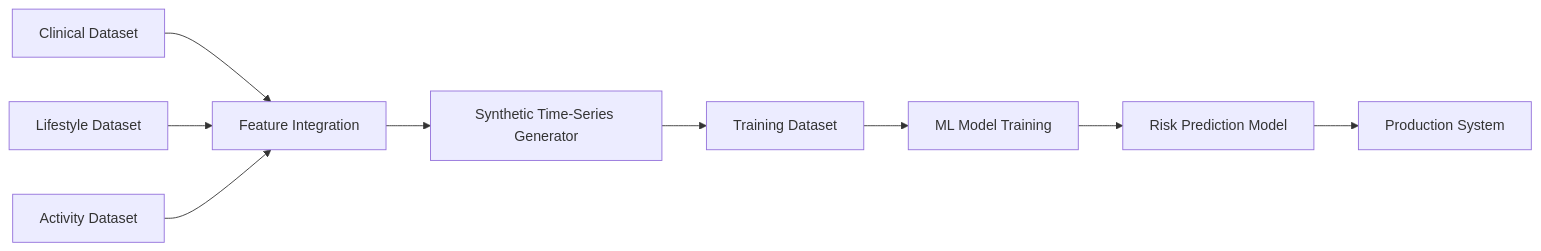
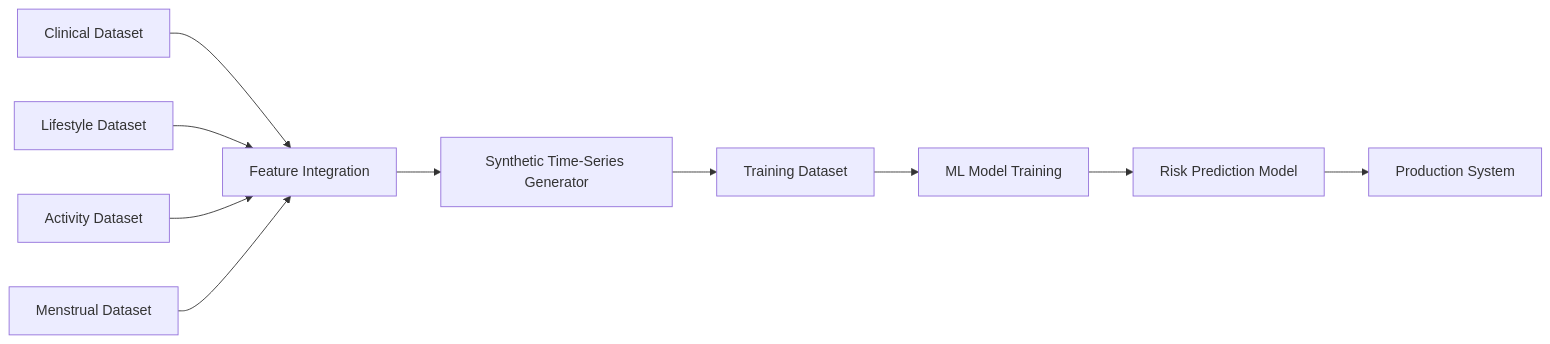
One commit to patorsiang/synchealth-remission changed the fifth of 5 diagrams in README.md. Above: the diagram before and after it, drawn with Mermaid. The commit also changed other lines of this file, not shown here.

````diff
--- a/README.md
+++ b/README.md
@@ -532,16 +545,17 @@
 ```mermaid
 
 flowchart LR
 
 A[Clinical Dataset] --> D[Feature Integration]
 B[Lifestyle Dataset] --> D
 C[Activity Dataset] --> D
+M[Menstrual Dataset] --> D
 
 D --> E[Synthetic Time-Series Generator]
 E --> F[Training Dataset]
 
 F --> G[ML Model Training]
 G --> H[Risk Prediction Model]
 
 H --> I[Production System]
 ```
````
